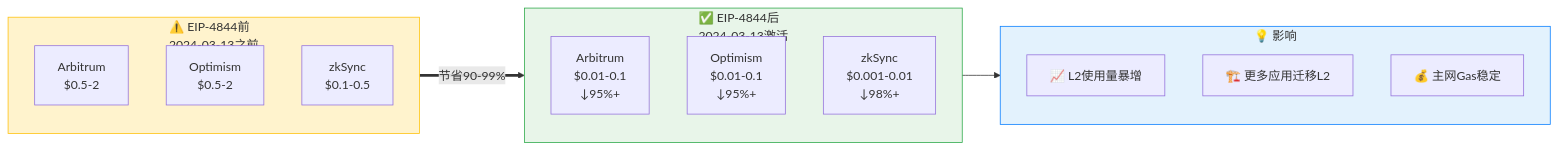
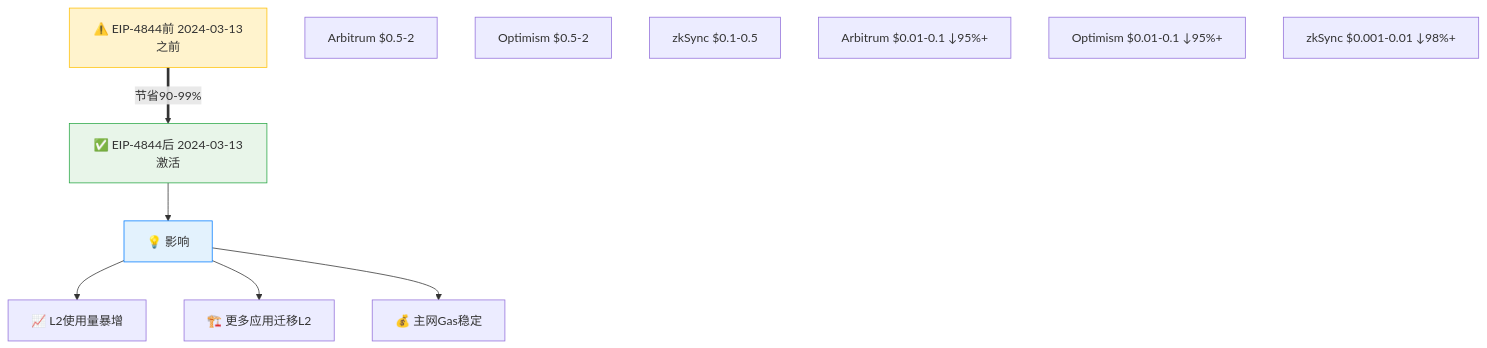
Before and after one commit to web3-wallet-org/web3-wallet-notes: the sixth of 9 diagrams in docs/《精通以太坊》/第16章-以太坊扩容.md, drawn with Mermaid. The commit also changed other lines of this file and 5 other files, not shown here.

````diff
--- a/docs/《精通以太坊》/第16章-以太坊扩容.md
+++ b/docs/《精通以太坊》/第16章-以太坊扩容.md
@@ -453,30 +460,27 @@
 ```mermaid
-graph LR
-    subgraph Before["⚠️ EIP-4844前<br/>2024-03-13之前"]
-        direction TB
-        Arb1["Arbitrum<br/>$0.5-2"]
-        Op1["Optimism<br/>$0.5-2"]
-        Zk1["zkSync<br/>$0.1-0.5"]
-    end
+graph TB
+    Before["⚠️ EIP-4844前 2024-03-13之前"]
+    Arb1["Arbitrum $0.5-2"]
+    Op1["Optimism $0.5-2"]
+    Zk1["zkSync $0.1-0.5"]
     
-    subgraph After["✅ EIP-4844后<br/>2024-03-13激活"]
-        direction TB
-        Arb2["Arbitrum<br/>$0.01-0.1<br/>↓95%+"]
-        Op2["Optimism<br/>$0.01-0.1<br/>↓95%+"]
-        Zk2["zkSync<br/>$0.001-0.01<br/>↓98%+"]
-    end
+    After["✅ EIP-4844后 2024-03-13激活"]
+    Arb2["Arbitrum $0.01-0.1 ↓95%+"]
+    Op2["Optimism $0.01-0.1 ↓95%+"]
+    Zk2["zkSync $0.001-0.01 ↓98%+"]
     
-    subgraph Impact["💡 影响"]
-        direction TB
-        I1["📈 L2使用量暴增"]
-        I2["🏗️ 更多应用迁移L2"]
-        I3["💰 主网Gas稳定"]
-    end
+    Impact["💡 影响"]
+    I1["📈 L2使用量暴增"]
+    I2["🏗️ 更多应用迁移L2"]
+    I3["💰 主网Gas稳定"]
     
     Before ==>|节省90-99%| After
     After --> Impact
+    Impact --> I1
+    Impact --> I2
+    Impact --> I3
     
     style Before fill:#fff3cd,stroke:#ffc107,color:#333
     style After fill:#e8f5e9,stroke:#28a745,color:#333
     style Impact fill:#e3f2fd,stroke:#007bff,color:#333
 ```
````
